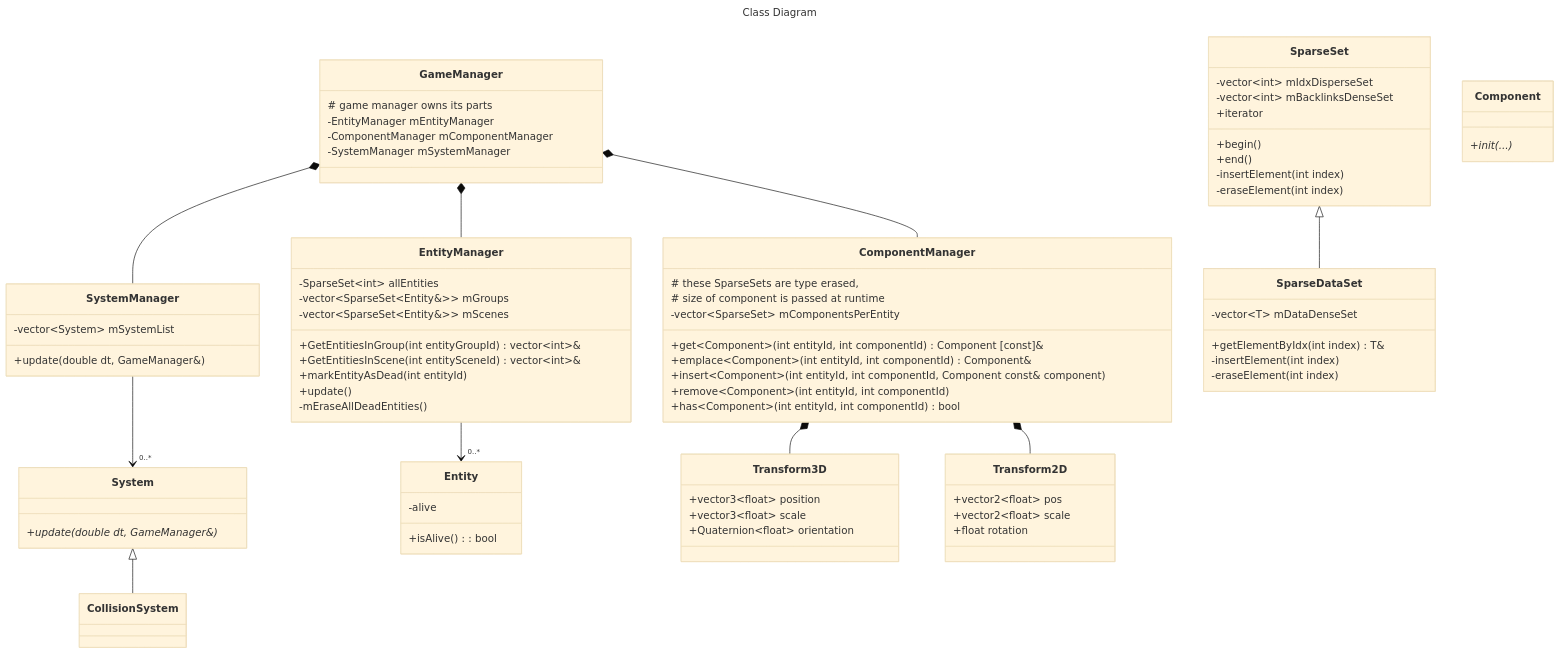
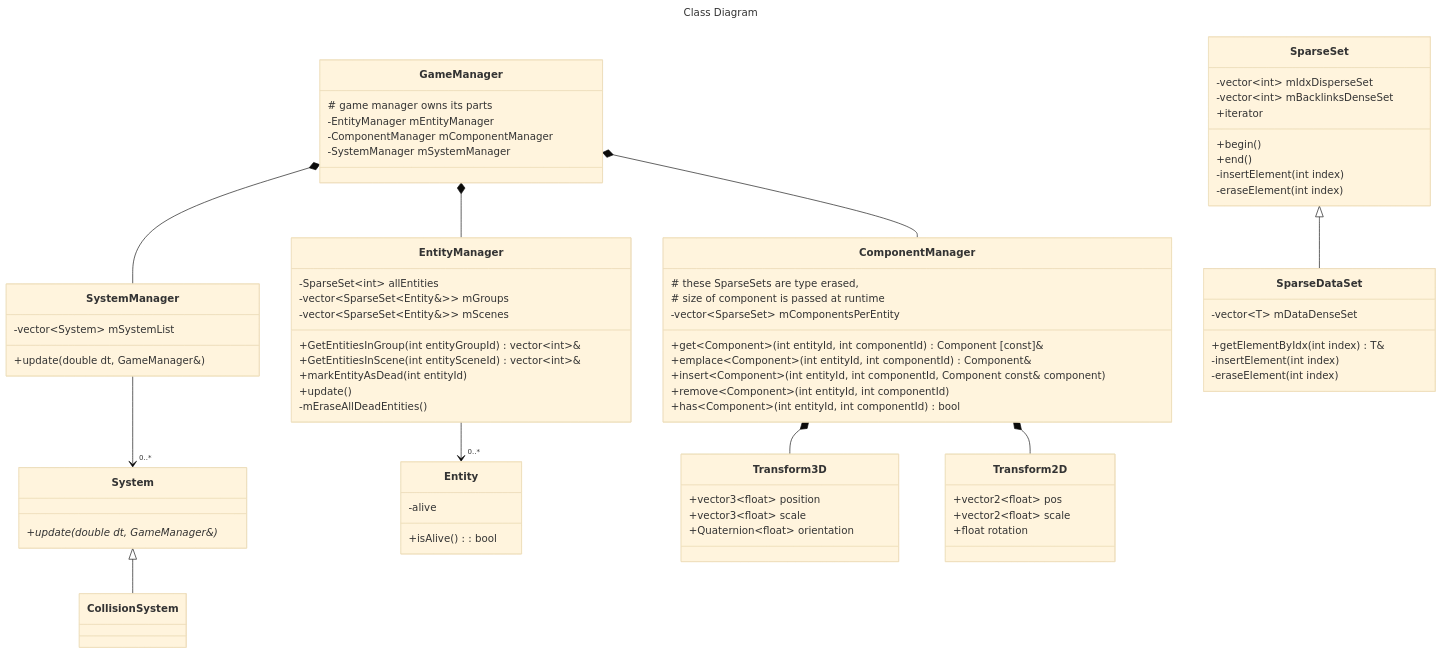
The second of 2 diagrams in documentation/architecture.md (IzanDeVegaLopez/Proyectos3_GDV_2025_26), drawn with Mermaid (base theme) before and after one commit. The commit also changed other lines of this file, not shown here.

First line of the commit message:
Enhance architecture documentation with function details

````diff
--- a/documentation/architecture.md
+++ b/documentation/architecture.md
@@ -92,81 +95,78 @@
 ```mermaid
 ---
 title: Class Diagram
 ---
 classDiagram
 	GameManager *-- EntityManager
 	GameManager *-- ComponentManager
 	GameManager *-- SystemManager
 	SystemManager --> "0..*" System
 	EntityManager --> "0..*" Entity
 	ComponentManager *-- Transform3D  
 	ComponentManager *-- Transform2D
 	System <|-- CollisionSystem
 	SparseSet <|-- SparseDataSet
 	class Entity{
 		-alive
 		+isAlive() : bool
-	}
-	class Component{
-		+init(...)*
 	}
 	class SystemManager{
 		-vector~System~ mSystemList
 		+update(double dt, GameManager&)
 	}
 	class System{
 		+update(double dt, GameManager&)*
 	}
 	class ComponentManager{
 		# these SparseSets are type erased,
 		# size of component is passed at runtime
 		-vector~SparseSet~ mComponentsPerEntity
 
 		+get~Component~(int entityId, int componentId) Component [const]&
 		+emplace~Component~(int entityId, int componentId) Component&
 		+insert~Component~(int entityId, int componentId, Component const& component)
 		+remove~Component~(int entityId, int componentId)
 		+has~Component~(int entityId, int componentId) bool
 	}
 	class GameManager{
 		# game manager owns its parts
 		-EntityManager mEntityManager
 		-ComponentManager mComponentManager
 		-SystemManager mSystemManager
 	}
     class EntityManager{
         -SparseSet~int~ allEntities
 		-vector~SparseSet~Entity&~~ mGroups
 		-vector~SparseSet~Entity&~~ mScenes
 		+GetEntitiesInGroup(int entityGroupId) vector~int~&
 		+GetEntitiesInScene(int entitySceneId) vector~int~&
 		+markEntityAsDead(int entityId)
 		+update()
 		-mEraseAllDeadEntities()
     }
 	class SparseSet{
 		-vector~int~ mIdxDisperseSet
 		-vector~int~ mBacklinksDenseSet
 		+iterator
 		+begin()
 		+end()
 		-insertElement(int index)
 		-eraseElement(int index)
 	}
     class SparseDataSet~T~{
 		-vector~T~ mDataDenseSet
 		+getElementByIdx(int index) T&
 		-insertElement(int index)
 		-eraseElement(int index)
     }
 	class Transform3D{
 		+vector3~float~ position
 		+vector3~float~ scale
 		+Quaternion~float~ orientation
 	}
 	class Transform2D{
 		+vector2~float~ pos
 		+vector2~float~ scale
 		+float rotation
 	}
 ```
````
